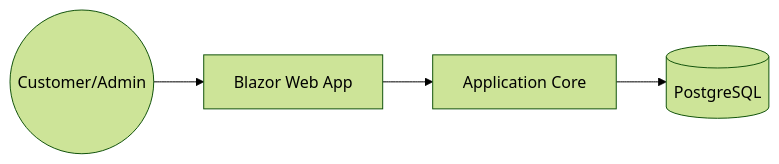
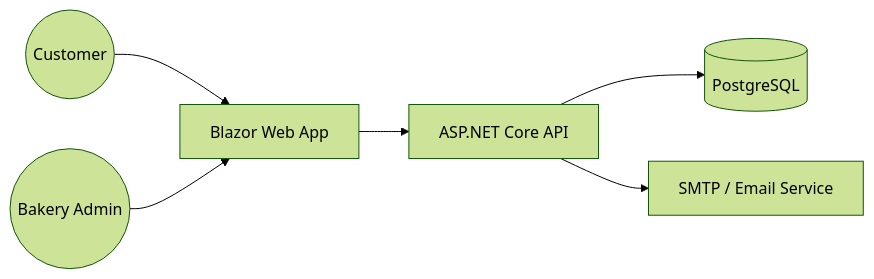
Before and after one commit to meghana-m-revankar/ai-builder: the diagram in projects/golden-crust-bakery/docs/architecture.md, drawn with Mermaid (forest theme). The commit also changed other lines of this file and 21 other files, not shown here.

````diff
--- a/projects/golden-crust-bakery/docs/architecture.md
+++ b/projects/golden-crust-bakery/docs/architecture.md
@@ -7,6 +7,8 @@
 ```mermaid
 flowchart LR
-    User((Customer/Admin)) --> Web[Blazor Web App]
-    Web --> API[Application Core]
+    Customer((Customer)) --> WebApp[Blazor Web App]
+    Admin((Bakery Admin)) --> WebApp
+    WebApp --> API[ASP.NET Core API]
     API --> DB[(PostgreSQL)]
+    API --> Email[SMTP / Email Service]
 ```
````
